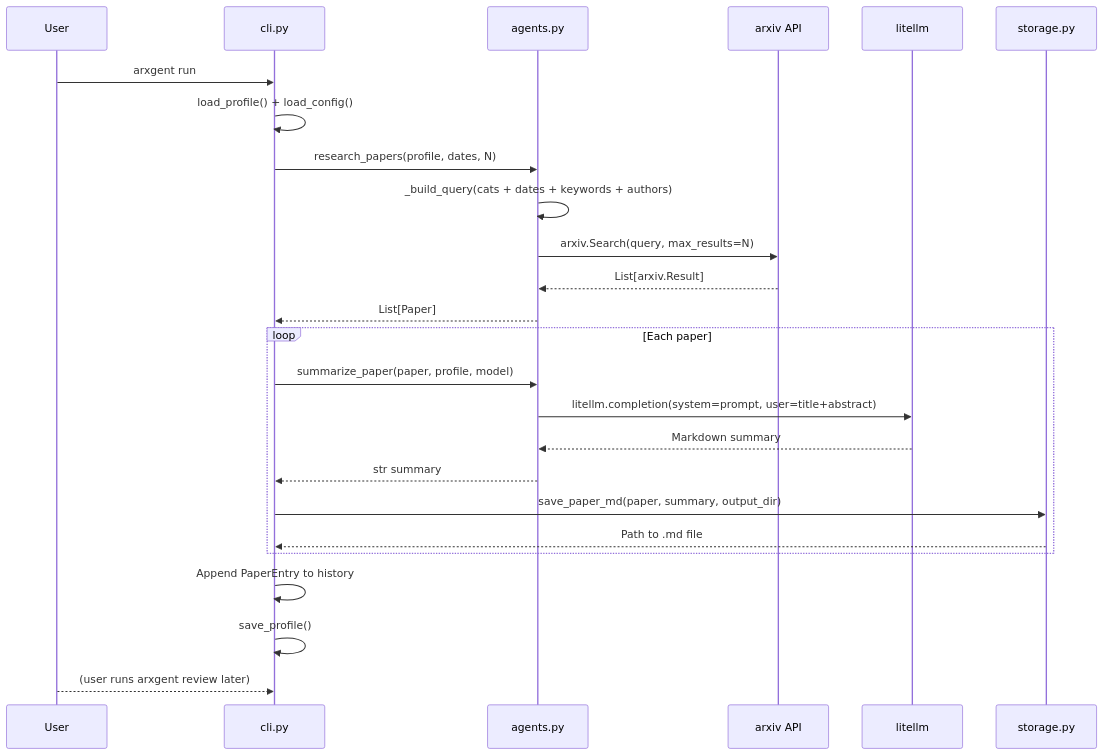
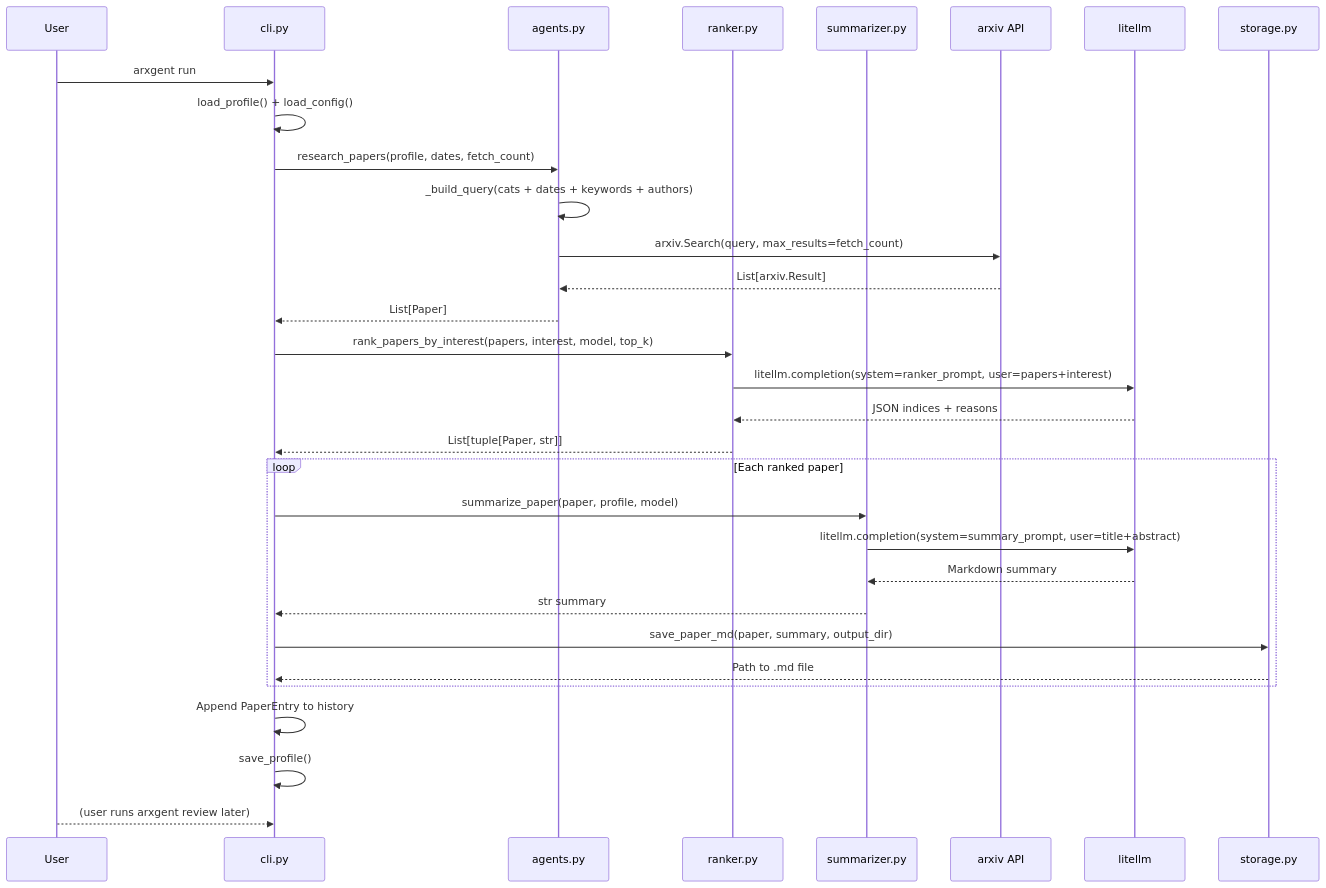
One commit to mattvioli/arxgent changed the second of 3 diagrams in CONTRIBUTING.md. Above: the diagram before and after it, drawn with Mermaid. The commit also changed other lines of this file, not shown here.

````diff
--- a/CONTRIBUTING.md
+++ b/CONTRIBUTING.md
@@ -60,30 +68,37 @@
 ```mermaid
 sequenceDiagram
     participant User
     participant CLI as cli.py
     participant Agents as agents.py
+    participant Ranker as ranker.py
+    participant Summ as summarizer.py
     participant ArXiv as arxiv API
     participant LLM as litellm
     participant Disk as storage.py
 
     User->>CLI: arxgent run
     CLI->>CLI: load_profile() + load_config()
-    CLI->>Agents: research_papers(profile, dates, N)
+    CLI->>Agents: research_papers(profile, dates, fetch_count)
     Agents->>Agents: _build_query(cats + dates + keywords + authors)
-    Agents->>ArXiv: arxiv.Search(query, max_results=N)
+    Agents->>ArXiv: arxiv.Search(query, max_results=fetch_count)
     ArXiv-->>Agents: List[arxiv.Result]
     Agents-->>CLI: List[Paper]
 
-    loop Each paper
-        CLI->>Agents: summarize_paper(paper, profile, model)
-        Agents->>LLM: litellm.completion(system=prompt, user=title+abstract)
-        LLM-->>Agents: Markdown summary
-        Agents-->>CLI: str summary
+    CLI->>Ranker: rank_papers_by_interest(papers, interest, model, top_k)
+    Ranker->>LLM: litellm.completion(system=ranker_prompt, user=papers+interest)
+    LLM-->>Ranker: JSON indices + reasons
+    Ranker-->>CLI: List[tuple[Paper, str]]
+
+    loop Each ranked paper
+        CLI->>Summ: summarize_paper(paper, profile, model)
+        Summ->>LLM: litellm.completion(system=summary_prompt, user=title+abstract)
+        LLM-->>Summ: Markdown summary
+        Summ-->>CLI: str summary
         CLI->>Disk: save_paper_md(paper, summary, output_dir)
         Disk-->>CLI: Path to .md file
     end
 
     CLI->>CLI: Append PaperEntry to history
     CLI->>CLI: save_profile()
     User-->>CLI: (user runs arxgent review later)
 ```
````
